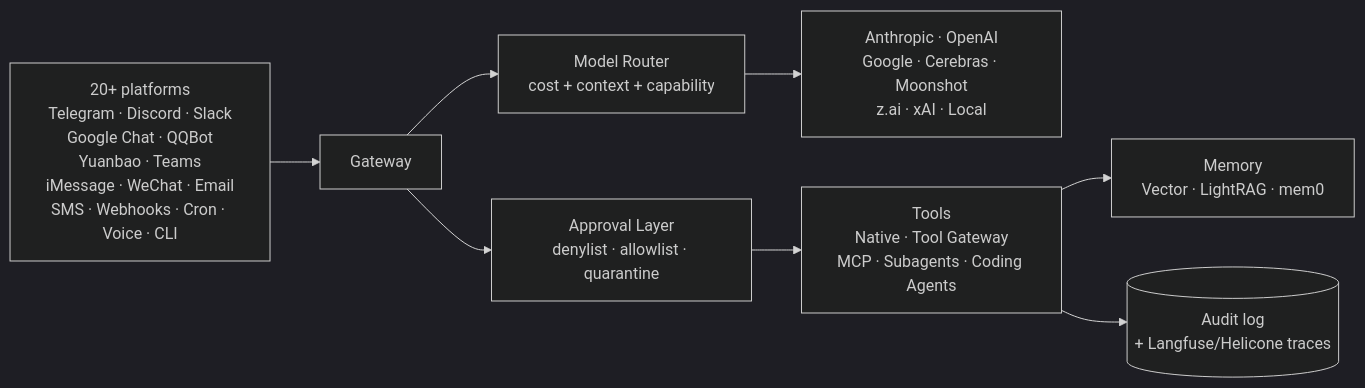
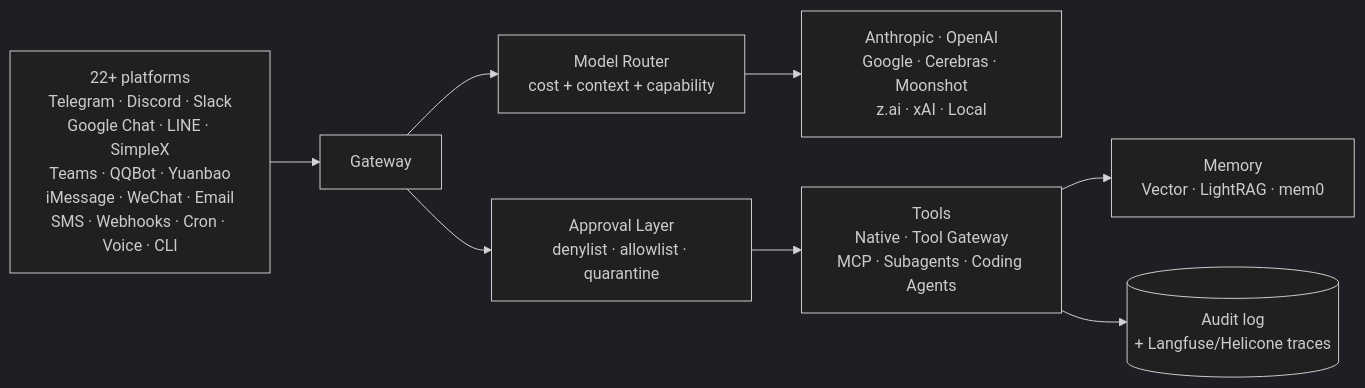
Before and after one commit to OnlyTerp/hermes-optimization-guide: the diagram in README.md, drawn with Mermaid (dark theme). The commit also changed other lines of this file and 40 other files, not shown here.

````diff
--- a/README.md
+++ b/README.md
@@ -64,10 +64,10 @@
 ```mermaid
 flowchart LR
-  Inputs[20+ platforms<br/>Telegram · Discord · Slack<br/>Google Chat · QQBot<br/>Yuanbao · Teams<br/>iMessage · WeChat · Email<br/>SMS · Webhooks · Cron · Voice · CLI] --> Gateway
+  Inputs[22+ platforms<br/>Telegram · Discord · Slack<br/>Google Chat · LINE · SimpleX<br/>Teams · QQBot · Yuanbao<br/>iMessage · WeChat · Email<br/>SMS · Webhooks · Cron · Voice · CLI] --> Gateway
   Gateway --> Router[Model Router<br/>cost + context + capability]
   Router --> Providers[Anthropic · OpenAI<br/>Google · Cerebras · Moonshot<br/>z.ai · xAI · Local]
   Gateway --> Approval[Approval Layer<br/>denylist · allowlist · quarantine]
   Approval --> Tools[Tools<br/>Native · Tool Gateway<br/>MCP · Subagents · Coding Agents]
   Tools --> Memory[Memory<br/>Vector · LightRAG · mem0]
   Tools --> Logs[(Audit log<br/>+ Langfuse/Helicone traces)]
 ```
````
